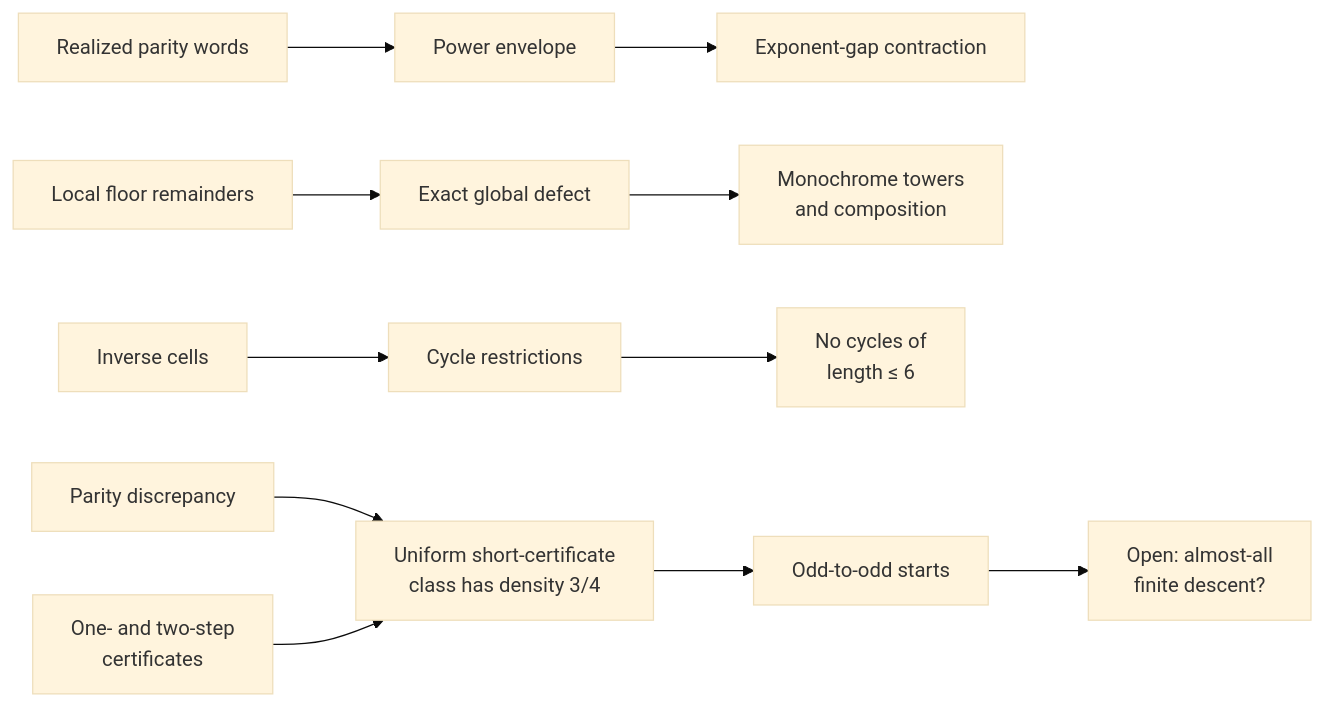
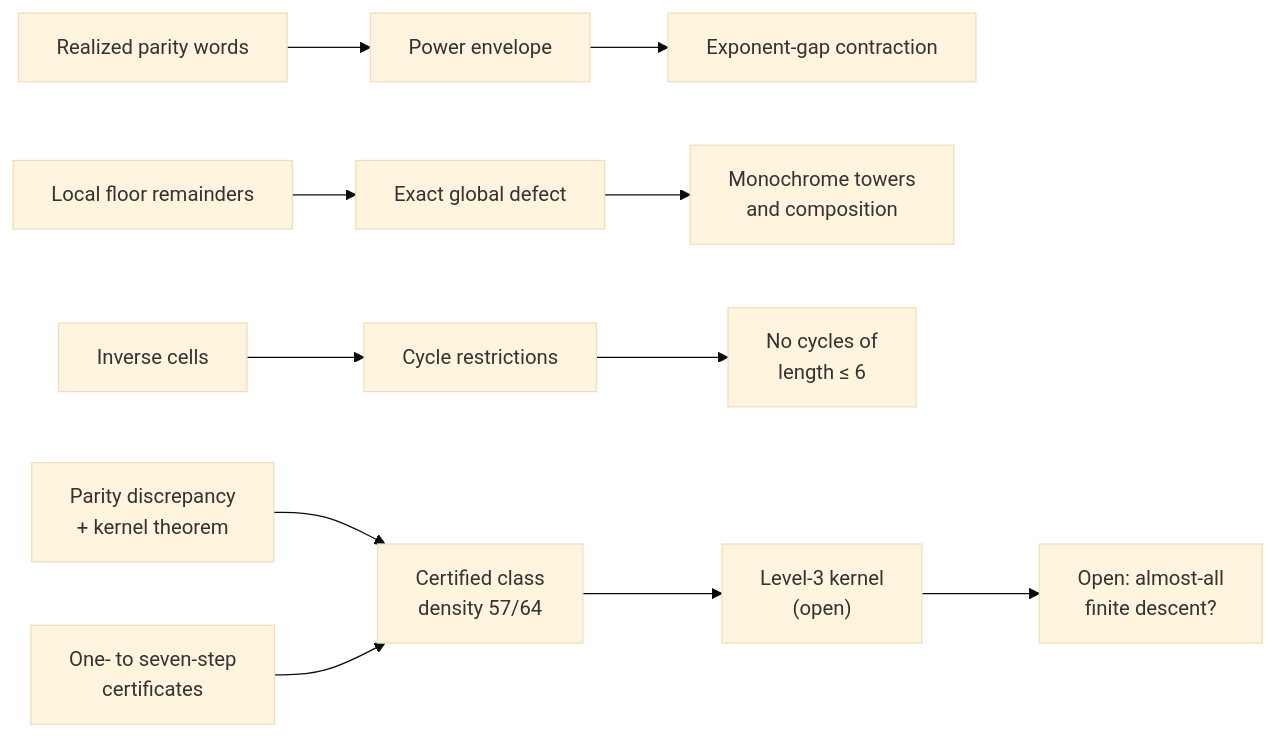
One commit to sneakyweasel/balanced_ternary changed the diagram in juggler_review/figures/juggler_frontier.mmd. Above: the diagram before and after it, drawn with Mermaid (base theme). The commit also changed 21 other files, not shown here.

```diff
--- a/juggler_review/figures/juggler_frontier.mmd
+++ b/juggler_review/figures/juggler_frontier.mmd
@@ -1,7 +1,7 @@
 flowchart LR
     Words["Realized parity words"] --> Envelope["Power envelope"] --> Contract["Exponent-gap contraction"]
     Remainders["Local floor remainders"] --> Defect["Exact global defect"] --> Towers["Monochrome towers<br/>and composition"]
     Cells["Inverse cells"] --> Cycles["Cycle restrictions"] --> Excluded["No cycles of<br/>length &le; 6"]
-    Discrepancy["Parity discrepancy"] --> Density["Uniform short-certificate<br/>class has density 3/4"]
-    Certificates["One- and two-step<br/>certificates"] --> Density
-    Density --> OO["Odd-to-odd starts"] --> Open["Open: almost-all<br/>finite descent?"]
+    Discrepancy["Parity discrepancy<br/>+ kernel theorem"] --> Density["Certified class<br/>density 57/64"]
+    Certificates["One- to seven-step<br/>certificates"] --> Density
+    Density --> Kernel["Level-3 kernel<br/>(open)"] --> Open["Open: almost-all<br/>finite descent?"]
```
